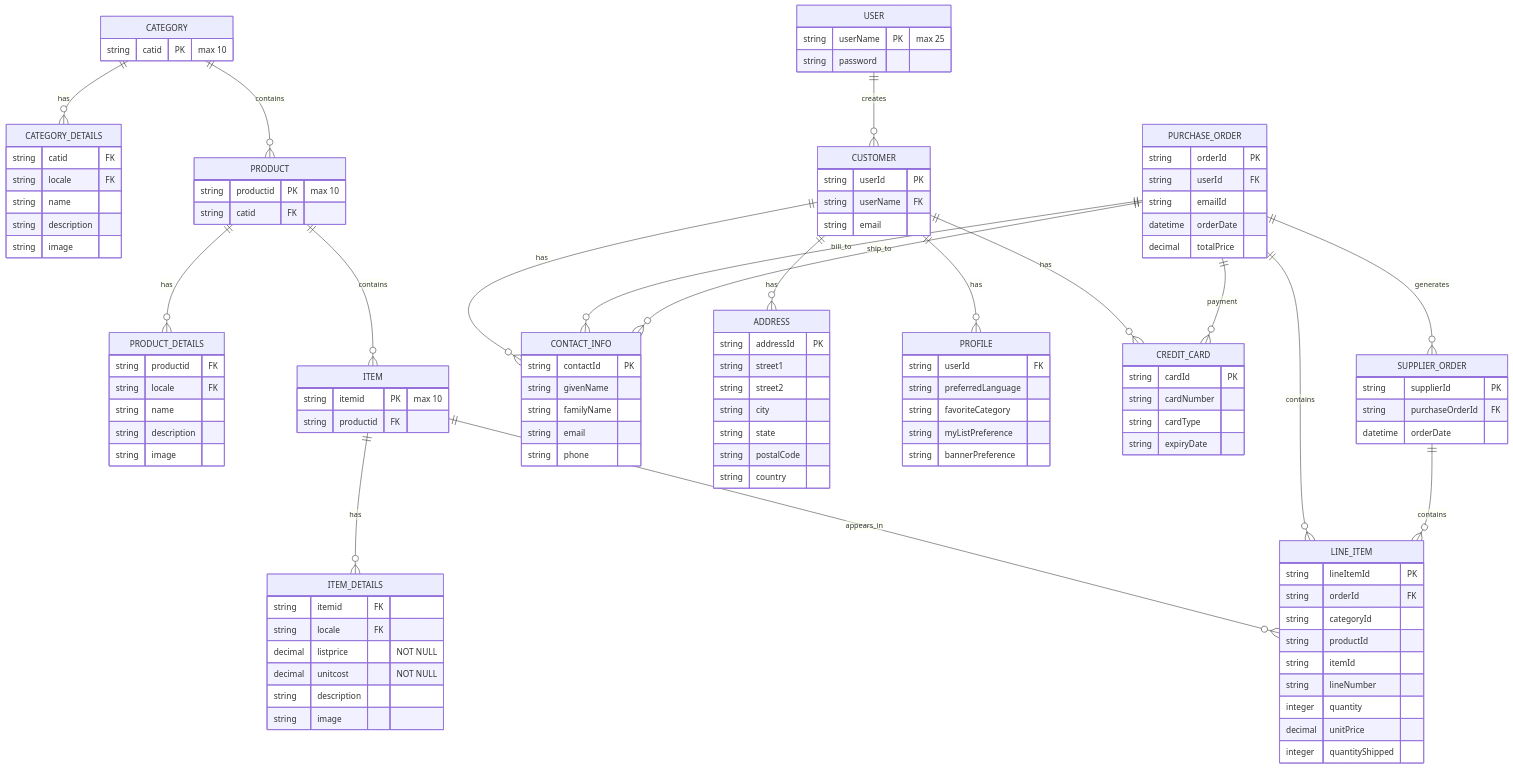
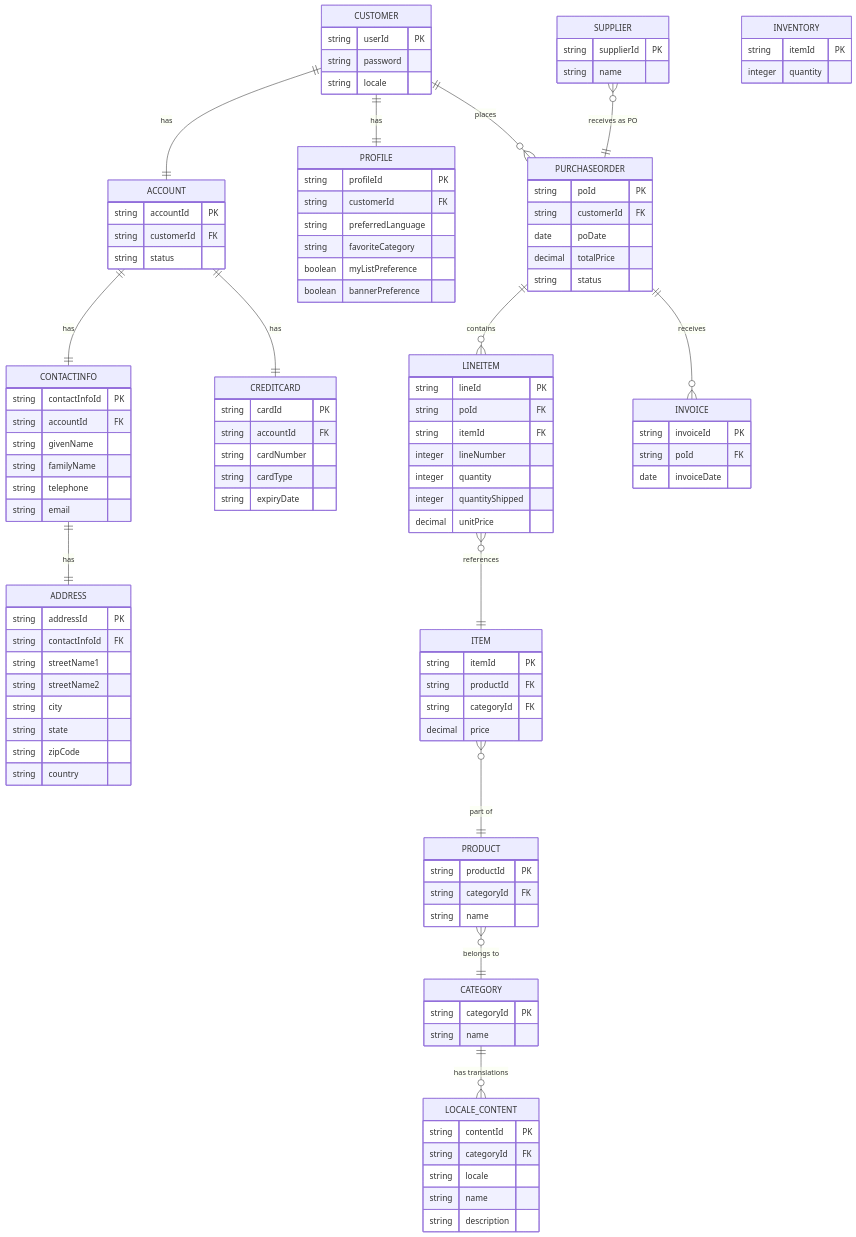
The diagram in architecture/erd.mermaid (sweeho/my-pet-store), drawn with Mermaid before and after one commit. The commit also changed 3 other files, not shown here.

```diff
--- a/architecture/erd.mermaid
+++ b/architecture/erd.mermaid
@@ -1,129 +1,125 @@
 %% EXTRACTED FROM LEGACY SOURCE — evidence of what exists, not a build target. Where this disagrees with a capability delta spec, the delta spec wins.
 
 erDiagram
-    CATEGORY ||--o{ CATEGORY_DETAILS : has
-    CATEGORY ||--o{ PRODUCT : contains
-    PRODUCT ||--o{ PRODUCT_DETAILS : has
-    PRODUCT ||--o{ ITEM : contains
-    ITEM ||--o{ ITEM_DETAILS : has
-    ITEM ||--o{ LINE_ITEM : appears_in
-    USER ||--o{ CUSTOMER : creates
-    CUSTOMER ||--o{ CONTACT_INFO : has
-    CUSTOMER ||--o{ ADDRESS : has
-    CUSTOMER ||--o{ PROFILE : has
-    CUSTOMER ||--o{ CREDIT_CARD : has
-    PURCHASE_ORDER ||--o{ LINE_ITEM : contains
-    PURCHASE_ORDER ||--o{ CONTACT_INFO : bill_to
-    PURCHASE_ORDER ||--o{ CONTACT_INFO : ship_to
-    PURCHASE_ORDER ||--o{ CREDIT_CARD : payment
-    SUPPLIER_ORDER ||--o{ LINE_ITEM : contains
-    PURCHASE_ORDER ||--o{ SUPPLIER_ORDER : generates
-
-    CATEGORY {
-        string catid PK "max 10"
-    }
-
-    CATEGORY_DETAILS {
-        string catid FK
-        string locale FK
-        string name
-        string description
-        string image
-    }
-
-    PRODUCT {
-        string productid PK "max 10"
-        string catid FK
-    }
-
-    PRODUCT_DETAILS {
-        string productid FK
-        string locale FK
-        string name
-        string description
-        string image
-    }
-
-    ITEM {
-        string itemid PK "max 10"
-        string productid FK
-    }
-
-    ITEM_DETAILS {
-        string itemid FK
-        string locale FK
-        decimal listprice "NOT NULL"
-        decimal unitcost "NOT NULL"
-        string description
-        string image
-    }
-
-    USER {
-        string userName PK "max 25"
-        string password
-    }
+    CUSTOMER ||--|| ACCOUNT : has
+    CUSTOMER ||--|| PROFILE : has
+    ACCOUNT ||--|| CONTACTINFO : has
+    ACCOUNT ||--|| CREDITCARD : has
+    CONTACTINFO ||--|| ADDRESS : has
+    CUSTOMER ||--o{ PURCHASEORDER : places
+    PURCHASEORDER ||--o{ LINEITEM : contains
+    LINEITEM }o--|| ITEM : references
+    ITEM }o--|| PRODUCT : "part of"
+    PRODUCT }o--|| CATEGORY : "belongs to"
+    CATEGORY ||--o{ LOCALE_CONTENT : "has translations"
+    SUPPLIER }o--|| PURCHASEORDER : "receives as PO"
+    PURCHASEORDER ||--o{ INVOICE : "receives"
 
     CUSTOMER {
         string userId PK
-        string userName FK
-        string email
+        string password
+        string locale
     }
 
-    CONTACT_INFO {
-        string contactId PK
+    ACCOUNT {
+        string accountId PK
+        string customerId FK
+        string status
+    }
+
+    PROFILE {
+        string profileId PK
+        string customerId FK
+        string preferredLanguage
+        string favoriteCategory
+        boolean myListPreference
+        boolean bannerPreference
+    }
+
+    CONTACTINFO {
+        string contactInfoId PK
+        string accountId FK
         string givenName
         string familyName
+        string telephone
         string email
-        string phone
     }
 
     ADDRESS {
         string addressId PK
-        string street1
-        string street2
+        string contactInfoId FK
+        string streetName1
+        string streetName2
         string city
         string state
-        string postalCode
+        string zipCode
         string country
     }
 
-    PROFILE {
-        string userId FK
-        string preferredLanguage
-        string favoriteCategory
-        string myListPreference
-        string bannerPreference
-    }
-
-    CREDIT_CARD {
+    CREDITCARD {
         string cardId PK
+        string accountId FK
         string cardNumber
         string cardType
         string expiryDate
     }
 
-    PURCHASE_ORDER {
-        string orderId PK
-        string userId FK
-        string emailId
-        datetime orderDate
+    PURCHASEORDER {
+        string poId PK
+        string customerId FK
+        date poDate
         decimal totalPrice
+        string status
     }
 
-    LINE_ITEM {
-        string lineItemId PK
-        string orderId FK
-        string categoryId
-        string productId
-        string itemId
-        string lineNumber
+    LINEITEM {
+        string lineId PK
+        string poId FK
+        string itemId FK
+        integer lineNumber
         integer quantity
+        integer quantityShipped
         decimal unitPrice
-        integer quantityShipped
     }
 
-    SUPPLIER_ORDER {
+    ITEM {
+        string itemId PK
+        string productId FK
+        string categoryId FK
+        decimal price
+    }
+
+    PRODUCT {
+        string productId PK
+        string categoryId FK
+        string name
+    }
+
+    CATEGORY {
+        string categoryId PK
+        string name
+    }
+
+    LOCALE_CONTENT {
+        string contentId PK
+        string categoryId FK
+        string locale
+        string name
+        string description
+    }
+
+    INVENTORY {
+        string itemId PK
+        integer quantity
+    }
+
+    SUPPLIER {
         string supplierId PK
-        string purchaseOrderId FK
-        datetime orderDate
+        string name
     }
+
+    INVOICE {
+        string invoiceId PK
+        string poId FK
+        date invoiceDate
+    }
```
